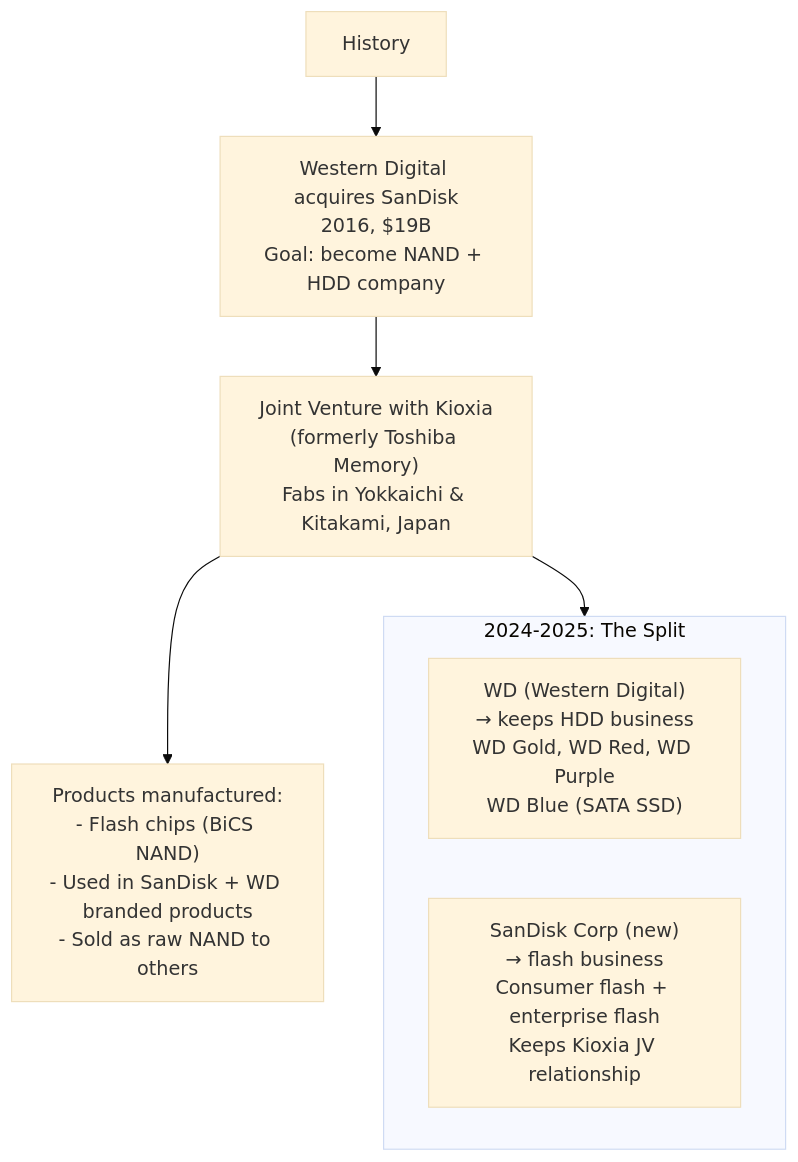
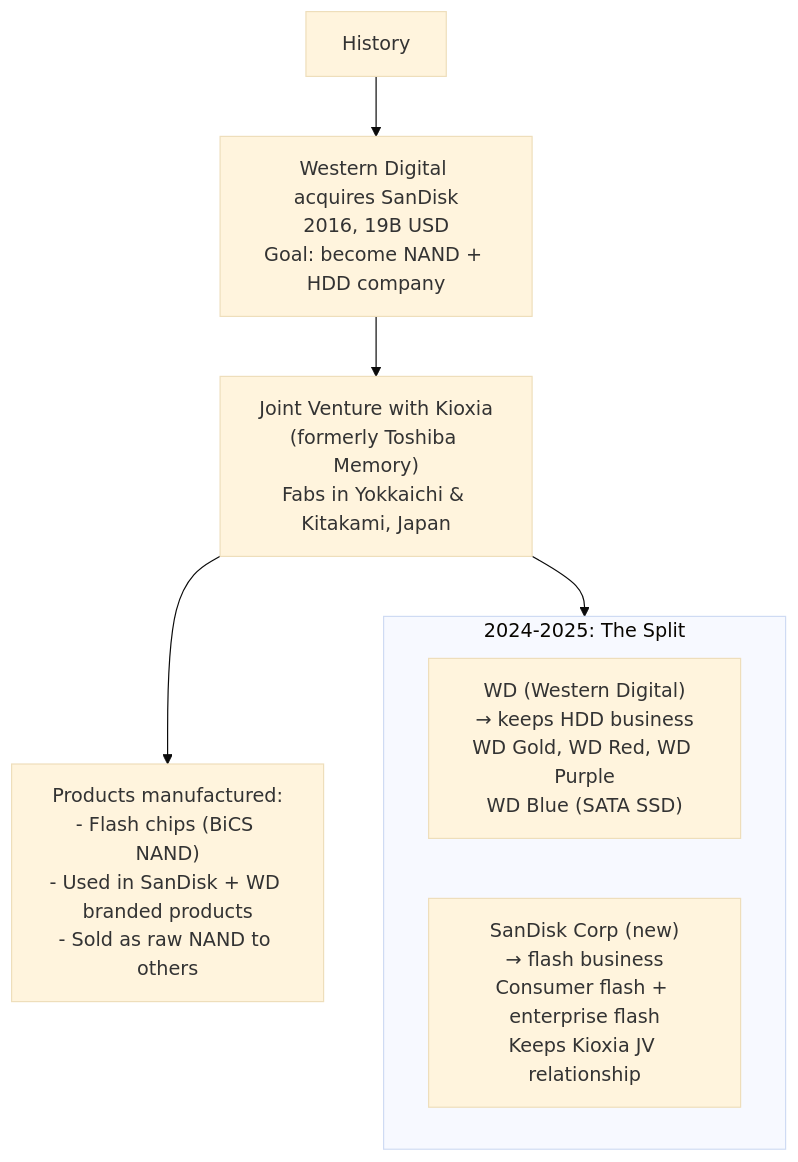
The sixth of 11 diagrams in Chapter_07_Storage_Deep_Dive.md (peterlyeung/Learn_Semiconductors), drawn with Mermaid (base theme) before and after one commit. The commit also changed other lines of this file and 3 other files, not shown here.

Commit message:
Fix Mermaid KaTeX errors: replace all dollar signs in diagram node labels

````diff
--- a/Chapter_07_Storage_Deep_Dive.md
+++ b/Chapter_07_Storage_Deep_Dive.md
@@ -144,14 +144,14 @@
 ```mermaid
 flowchart TD
     History["History"]
-    History --> WD_Buy["Western Digital acquires SanDisk\n2016, $19B\nGoal: become NAND + HDD company"]
+    History --> WD_Buy["Western Digital acquires SanDisk\n2016, 19B USD\nGoal: become NAND + HDD company"]
     WD_Buy --> JV2["Joint Venture with Kioxia\n(formerly Toshiba Memory)\nFabs in Yokkaichi & Kitakami, Japan"]
     JV2 --> Products_Made["Products manufactured:\n- Flash chips (BiCS NAND)\n- Used in SanDisk + WD branded products\n- Sold as raw NAND to others"]
 
     subgraph Spin_Out["2024-2025: The Split"]
         WD_HDD["WD (Western Digital)\n→ keeps HDD business\nWD Gold, WD Red, WD Purple\nWD Blue (SATA SSD)"]
         SanDisk_New["SanDisk Corp (new)\n→ flash business\nConsumer flash + enterprise flash\nKeeps Kioxia JV relationship"]
     end
 
     JV2 --> Spin_Out
 ```
````
